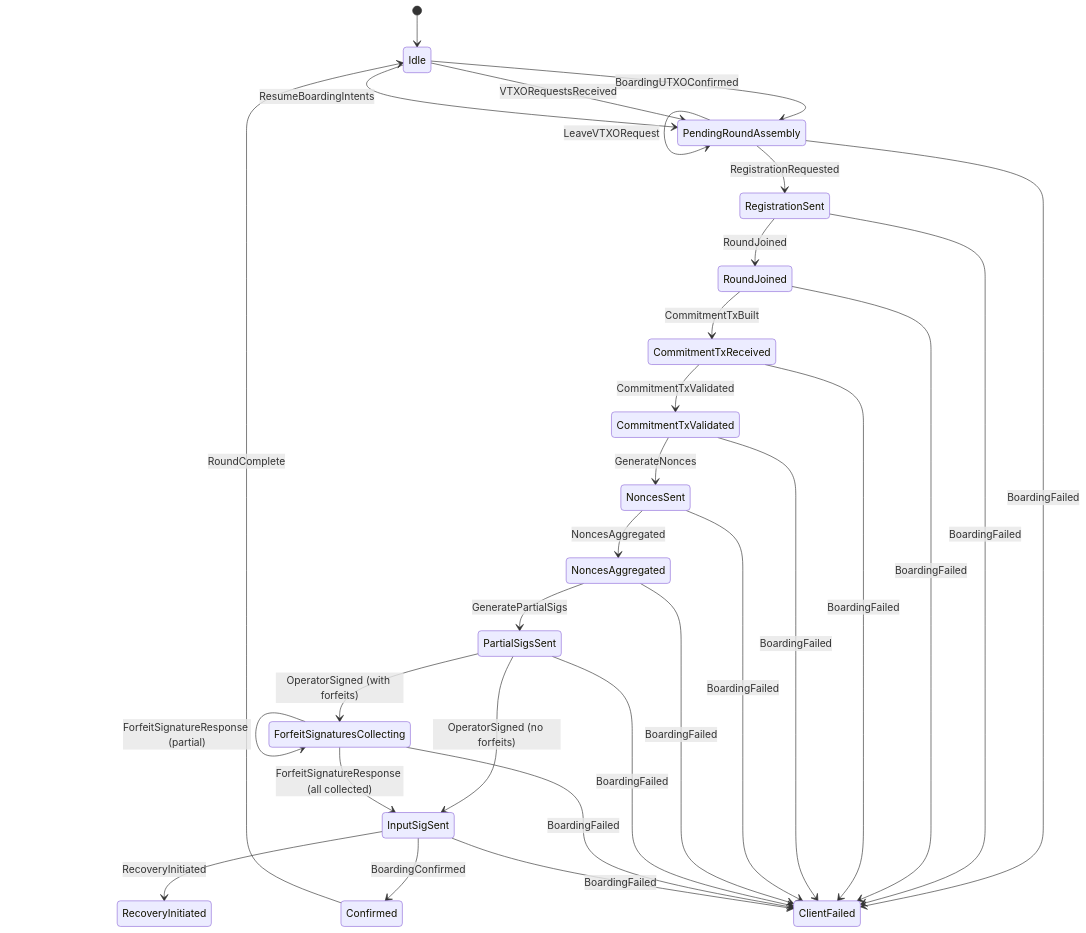
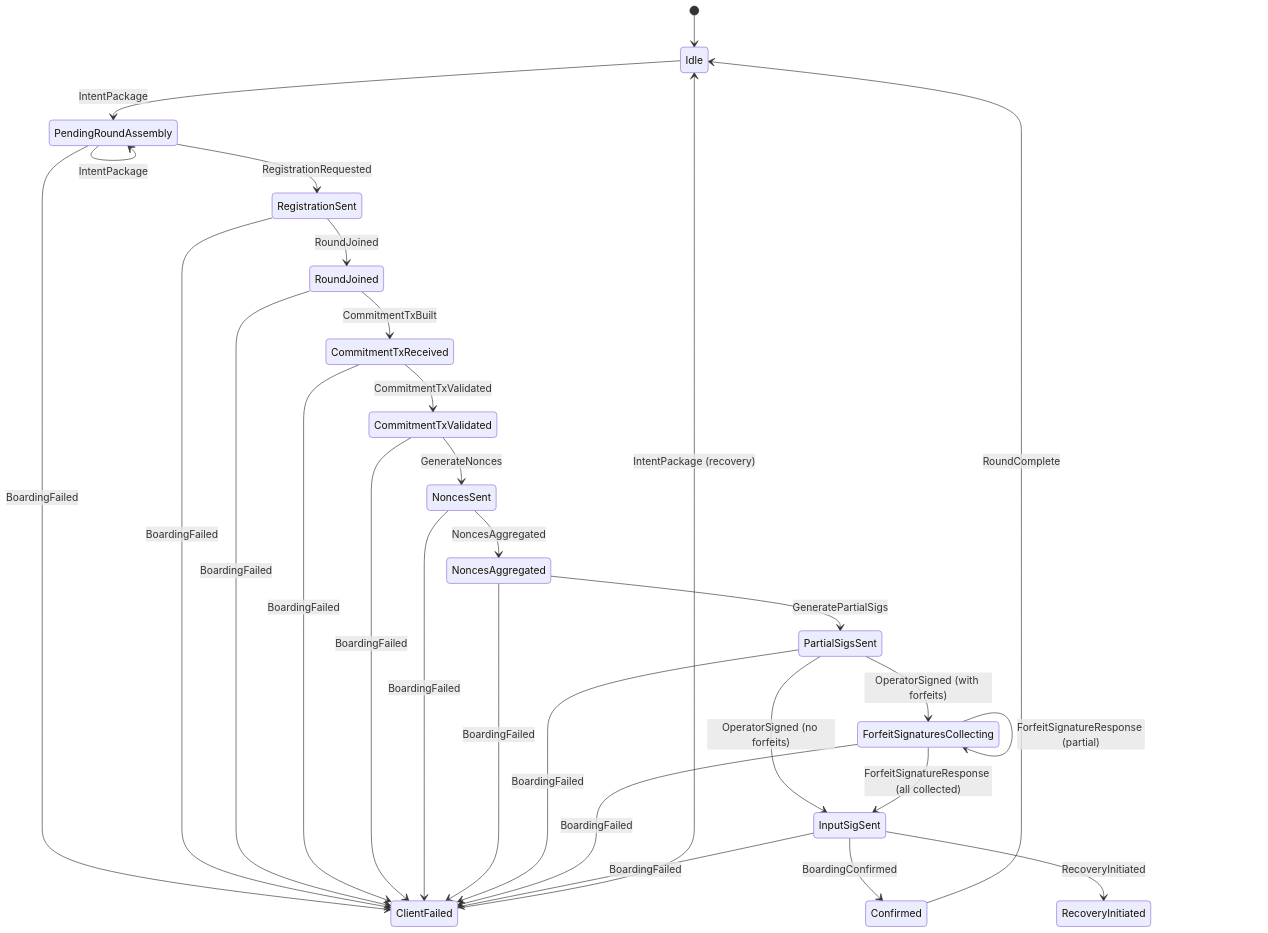
Before and after one commit to lightninglabs/wavelength: the second of 2 diagrams in round/README.md, drawn with Mermaid. The commit also changed other lines of this file and 1 other file, not shown here.

First line of the commit message:
round: update README and comments for IntentPackage refactor

````diff
--- a/round/README.md
+++ b/round/README.md
@@ -386,36 +391,32 @@
 ```mermaid
 stateDiagram-v2
     [*] --> Idle
-    Idle --> PendingRoundAssembly: BoardingUTXOConfirmed
-    Idle --> PendingRoundAssembly: VTXORequestsReceived
-    Idle --> PendingRoundAssembly: ResumeBoardingIntents
-    PendingRoundAssembly --> PendingRoundAssembly: BoardingUTXOConfirmed
-    PendingRoundAssembly --> PendingRoundAssembly: VTXORequestsReceived
-    PendingRoundAssembly --> PendingRoundAssembly: RefreshVTXORequest
-    PendingRoundAssembly --> PendingRoundAssembly: LeaveVTXORequest
+    Idle --> PendingRoundAssembly: IntentPackage
+    PendingRoundAssembly --> PendingRoundAssembly: IntentPackage
     PendingRoundAssembly --> RegistrationSent: RegistrationRequested
     RegistrationSent --> RoundJoined: RoundJoined
     RoundJoined --> CommitmentTxReceived: CommitmentTxBuilt
     CommitmentTxReceived --> CommitmentTxValidated: CommitmentTxValidated
     CommitmentTxValidated --> NoncesSent: GenerateNonces
     NoncesSent --> NoncesAggregated: NoncesAggregated
     NoncesAggregated --> PartialSigsSent: GeneratePartialSigs
     PartialSigsSent --> ForfeitSignaturesCollecting: OperatorSigned (with forfeits)
     PartialSigsSent --> InputSigSent: OperatorSigned (no forfeits)
     ForfeitSignaturesCollecting --> ForfeitSignaturesCollecting: ForfeitSignatureResponse (partial)
     ForfeitSignaturesCollecting --> InputSigSent: ForfeitSignatureResponse (all collected)
     InputSigSent --> Confirmed: BoardingConfirmed
     Confirmed --> Idle: RoundComplete
 
     PendingRoundAssembly --> ClientFailed: BoardingFailed
     RegistrationSent --> ClientFailed: BoardingFailed
     RoundJoined --> ClientFailed: BoardingFailed
     CommitmentTxReceived --> ClientFailed: BoardingFailed
     CommitmentTxValidated --> ClientFailed: BoardingFailed
     NoncesSent --> ClientFailed: BoardingFailed
     NoncesAggregated --> ClientFailed: BoardingFailed
     PartialSigsSent --> ClientFailed: BoardingFailed
     ForfeitSignaturesCollecting --> ClientFailed: BoardingFailed
     InputSigSent --> ClientFailed: BoardingFailed
     InputSigSent --> RecoveryInitiated: RecoveryInitiated
+    ClientFailed --> Idle: IntentPackage (recovery)
 ```
````
